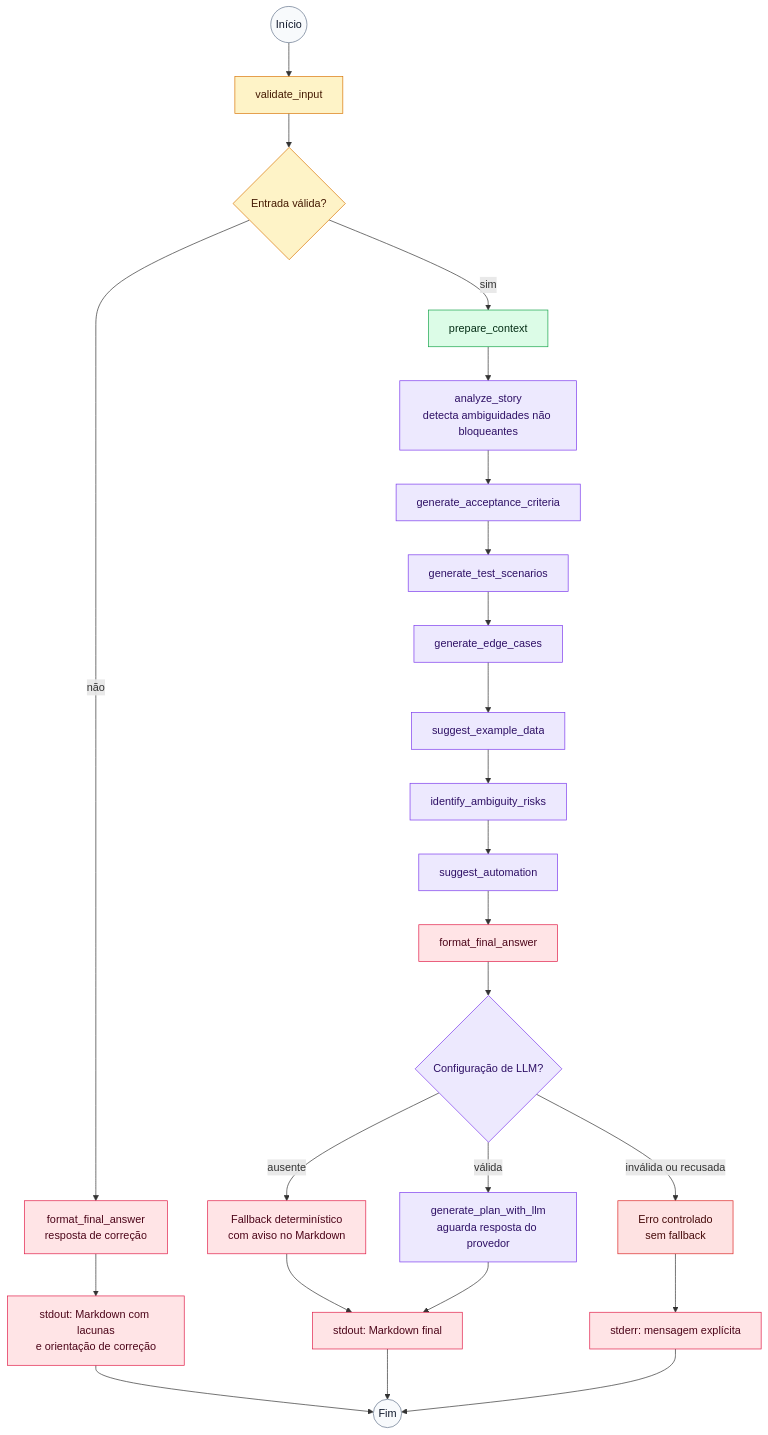
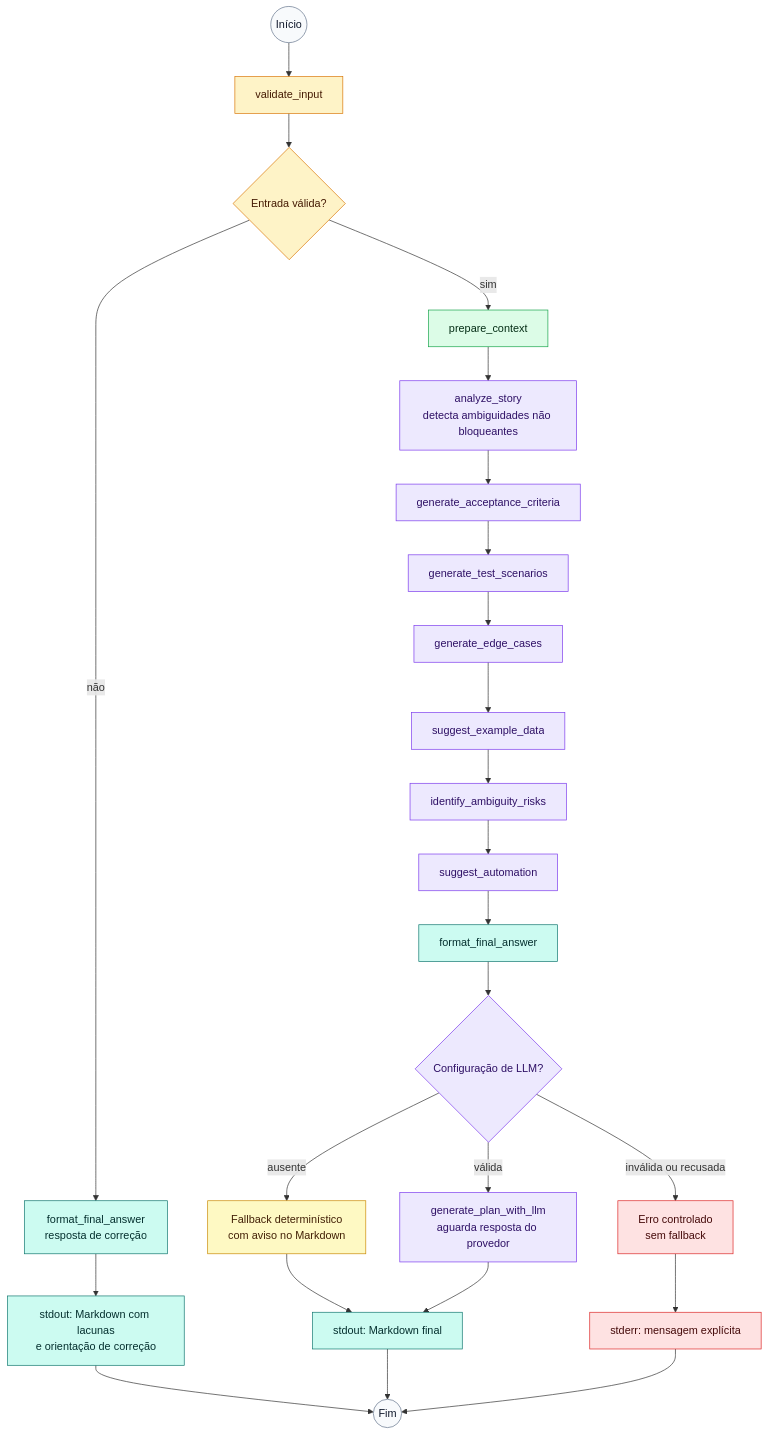
Before and after one commit to geocarlos/test-plan-agent: the second of 2 diagrams in README.md, drawn with Mermaid. The commit also changed other lines of this file and 5 other files, not shown here.

Commit message:
docs: update presentation diagrams

````diff
--- a/README.md
+++ b/README.md
@@ -79,40 +83,43 @@
 ```mermaid
 flowchart TD
     start_node((Início)) --> validate_input[validate_input]
     validate_input --> validation_result{Entrada válida?}
     validation_result -->|não| invalid_answer[format_final_answer<br/>resposta de correção]
     invalid_answer --> invalid_stdout[stdout: Markdown com lacunas<br/>e orientação de correção]
     validation_result -->|sim| prepare_context[prepare_context]
     prepare_context --> analyze_story[analyze_story<br/>detecta ambiguidades não bloqueantes]
     analyze_story --> acceptance[generate_acceptance_criteria]
     acceptance --> scenarios[generate_test_scenarios]
     scenarios --> edge_cases[generate_edge_cases]
     edge_cases --> example_data[suggest_example_data]
     example_data --> risks[identify_ambiguity_risks]
     risks --> automation[suggest_automation]
     automation --> final_answer[format_final_answer]
     final_answer --> llm_config{Configuração de LLM?}
     llm_config -->|ausente| deterministic_fallback[Fallback determinístico<br/>com aviso no Markdown]
     llm_config -->|válida| llm_request[generate_plan_with_llm<br/>aguarda resposta do provedor]
     llm_config -->|inválida ou recusada| llm_error[Erro controlado<br/>sem fallback]
     deterministic_fallback --> stdout_markdown[stdout: Markdown final]
     llm_request --> stdout_markdown
     llm_error --> stderr_message[stderr: mensagem explícita]
     invalid_stdout --> finish_node
     stdout_markdown --> finish_node((Fim))
     stderr_message --> finish_node
 
     classDef boundaryClass fill:#f8fafc,stroke:#64748b,color:#0f172a
     classDef validationClass fill:#fef3c7,stroke:#d97706,color:#451a03
     classDef contextClass fill:#dcfce7,stroke:#16a34a,color:#052e16
     classDef generationClass fill:#ede9fe,stroke:#7c3aed,color:#2e1065
-    classDef finalClass fill:#ffe4e6,stroke:#e11d48,color:#4c0519
+    classDef fallbackClass fill:#fef9c3,stroke:#ca8a04,color:#422006
+    classDef stdoutClass fill:#ccfbf1,stroke:#0f766e,color:#042f2e
     classDef errorClass fill:#fee2e2,stroke:#dc2626,color:#450a0a
 
     class start_node,finish_node boundaryClass
     class validate_input,validation_result validationClass
     class prepare_context contextClass
     class analyze_story,acceptance,scenarios,edge_cases,example_data,risks,automation,llm_config,llm_request generationClass
-    class invalid_answer,invalid_stdout,final_answer,deterministic_fallback,stdout_markdown,stderr_message finalClass
-    class llm_error errorClass
+    class invalid_answer,final_answer stdoutClass
+    class invalid_stdout,stdout_markdown stdoutClass
+    class deterministic_fallback fallbackClass
+    class llm_error,stderr_message errorClass
 ```
````
